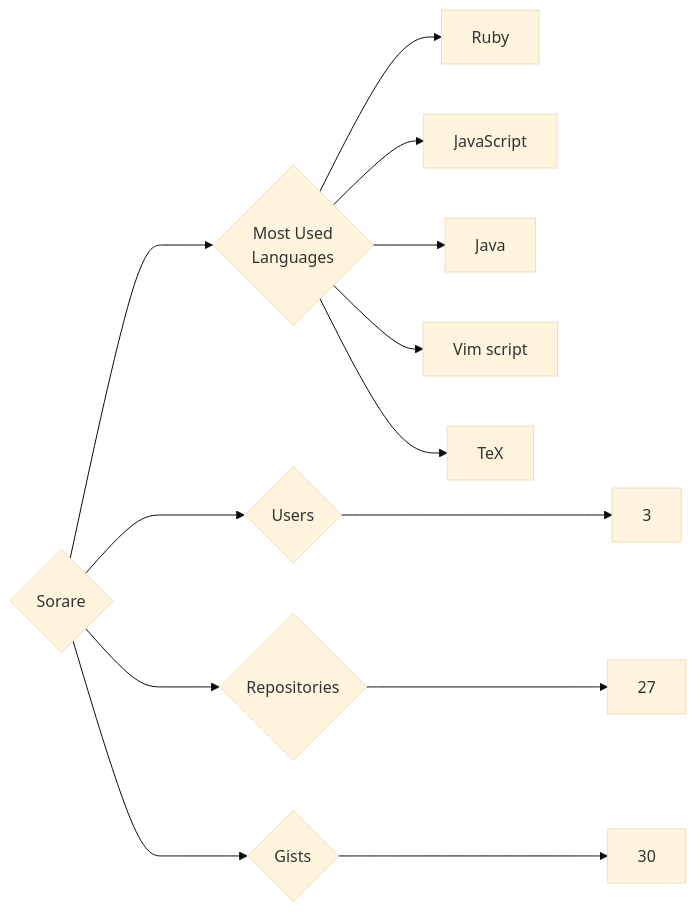
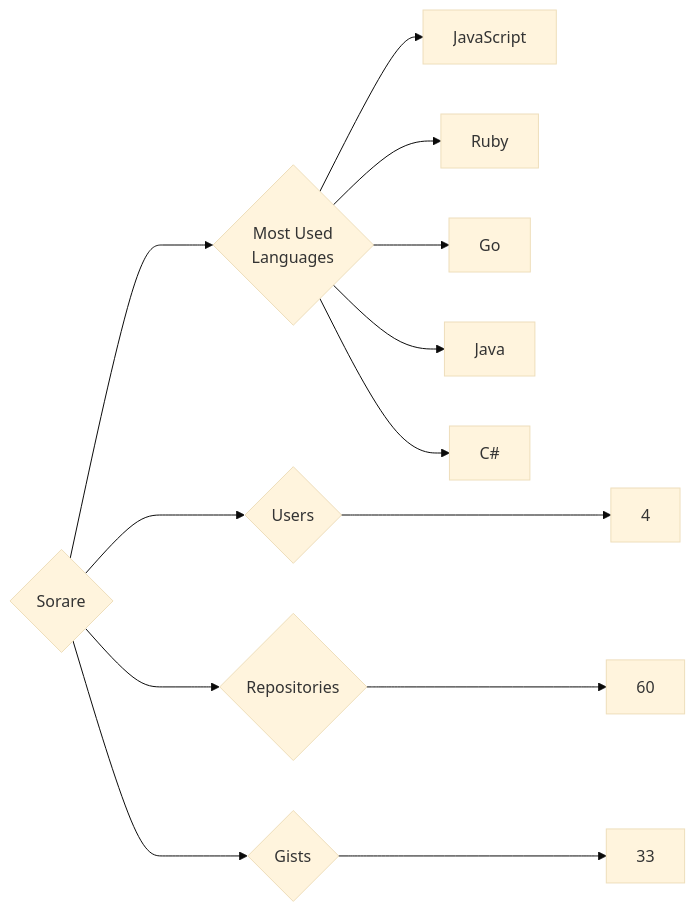
One commit to trickest/insiders changed the diagram in targets/Sorare/README.md. Above: the diagram before and after it, drawn with Mermaid (base theme). The commit also changed 1011 other files, not shown here.

````diff
--- a/targets/Sorare/README.md
+++ b/targets/Sorare/README.md
@@ -3,13 +3,13 @@
 ```mermaid
 graph LR
 COMPANY_NAME{Sorare}
-COMPANY_NAME ---> U{Users} ---> UN[3]
-COMPANY_NAME ---> R{Repositories} ---> RN[27]
-COMPANY_NAME ---> G{Gists} ---> GN[30]
+COMPANY_NAME ---> U{Users} ---> UN[4]
+COMPANY_NAME ---> R{Repositories} ---> RN[60]
+COMPANY_NAME ---> G{Gists} ---> GN[33]
 COMPANY_NAME ---> ML{Most Used<br>Languages}
+ML --> JavaScript[JavaScript]
 ML --> Ruby[Ruby]
-ML --> JavaScript[JavaScript]
+ML --> Go[Go]
 ML --> Java[Java]
-ML --> Vim_script[Vim script]
-ML --> TeX[TeX]
+ML --> C#[C#]
 ```
````
